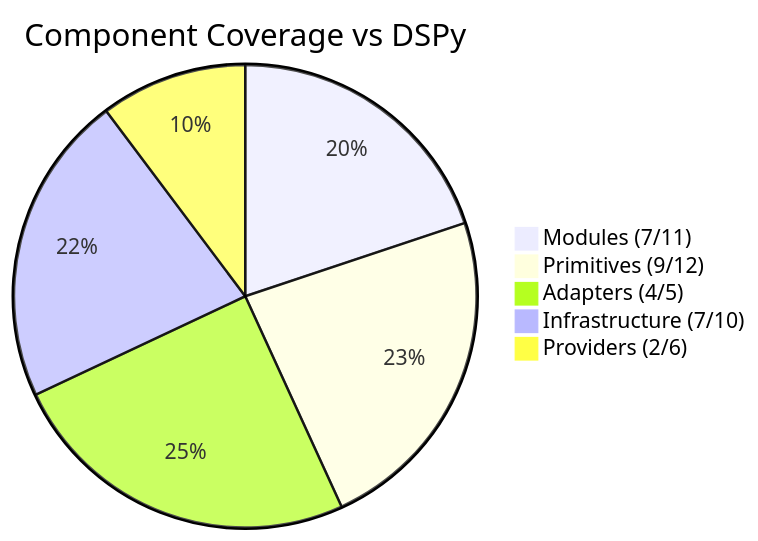
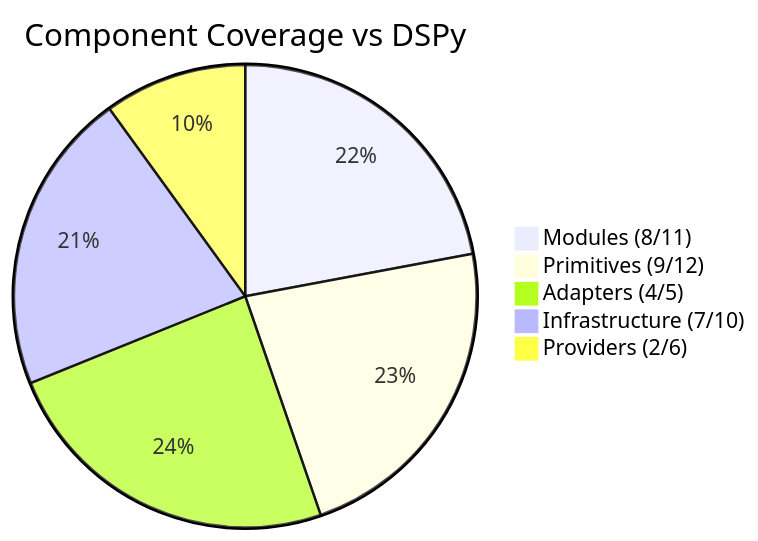
Before and after one commit to assagman/dsgo: the diagram in ROADMAP.md, drawn with Mermaid. The commit also changed other lines of this file and 6 other files, not shown here.

````diff
--- a/ROADMAP.md
+++ b/ROADMAP.md
@@ -11,8 +11,8 @@
 ```mermaid
 pie title Component Coverage vs DSPy
-    "Modules (7/11)" : 64
+    "Modules (8/11)" : 73
     "Primitives (9/12)" : 75
     "Adapters (4/5)" : 80
     "Infrastructure (7/10)" : 70
     "Providers (2/6)" : 33
 ```
````
